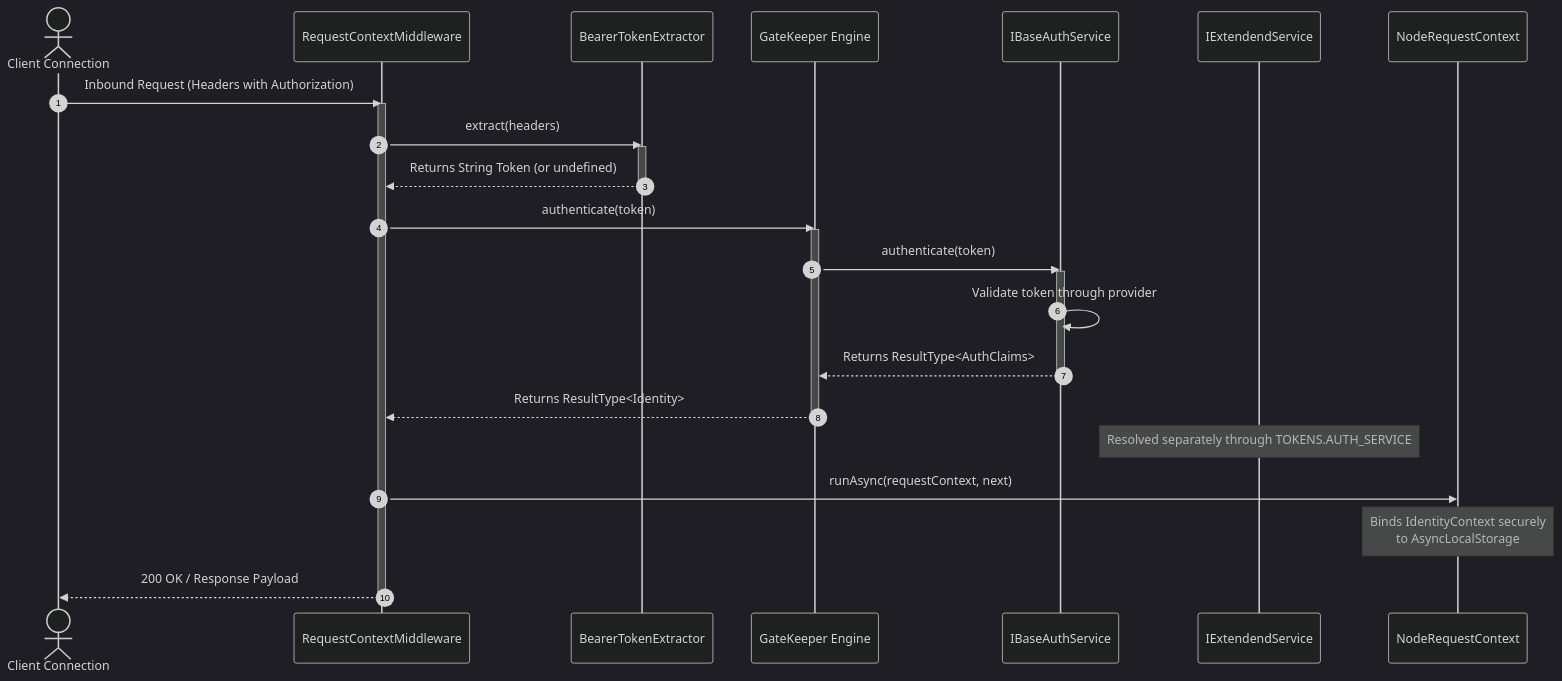
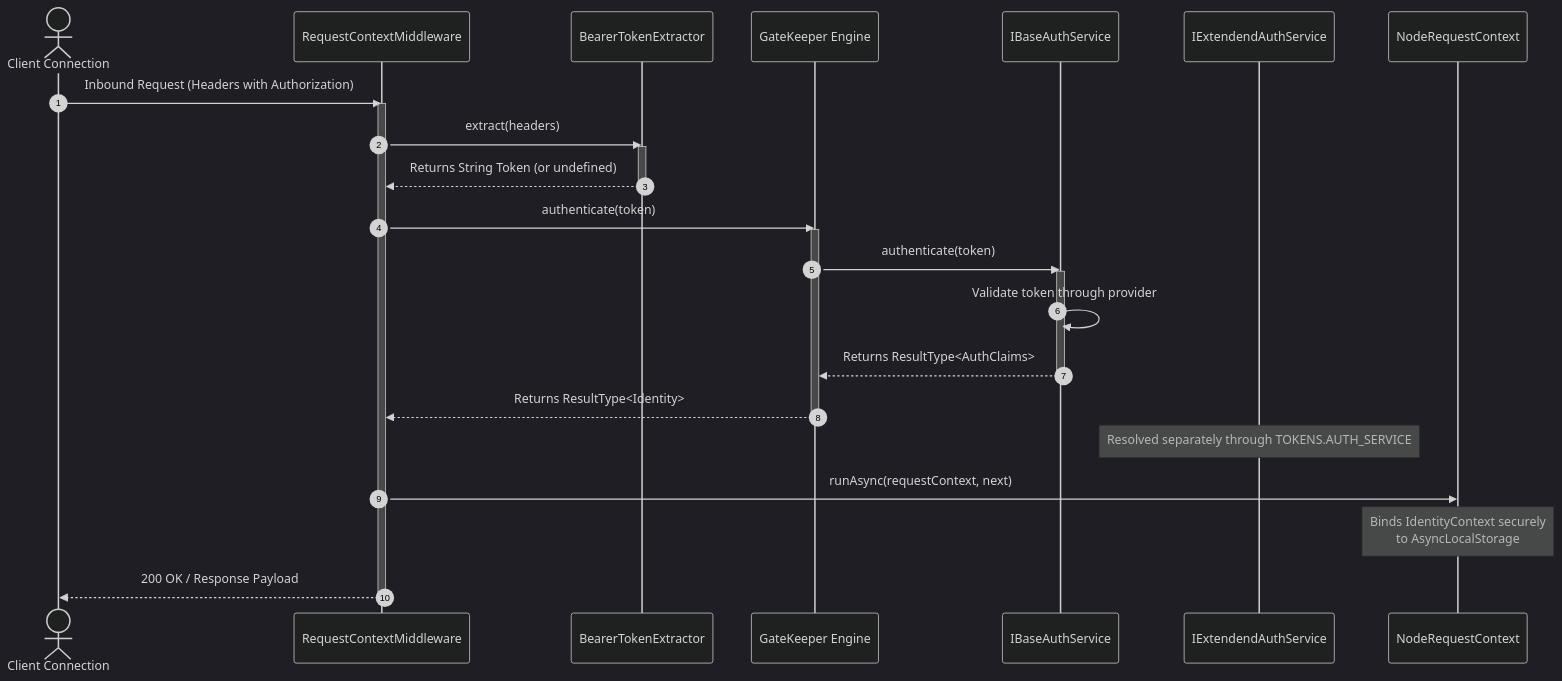
The diagram in src/content/docs/docs/core/security/authentication.md (xeno-js/xeno-website), drawn with Mermaid (dark theme) before and after one commit. The commit also changed other lines of this file and 2 other files, not shown here.

````diff
--- a/src/content/docs/docs/core/security/authentication.md
+++ b/src/content/docs/docs/core/security/authentication.md
@@ -53,36 +53,36 @@
 ```mermaid
 sequenceDiagram
     autonumber
     actor Client as Client Connection
     participant MW as RequestContextMiddleware
     participant Extractor as BearerTokenExtractor
     participant GK as GateKeeper Engine
     participant Base as IBaseAuthService
-    participant Auth as IExtendendService
+    participant Auth as IExtendendAuthService
     participant Store as NodeRequestContext
 
     Client->>MW: Inbound Request (Headers with Authorization)
     activate MW
     MW->>Extractor: extract(headers)
     activate Extractor
     Extractor-->>MW: Returns String Token (or undefined)
     deactivate Extractor
 
     MW->>GK: authenticate(token)
     activate GK
     GK->>Base: authenticate(token)
     activate Base
     Base->>Base: Validate token through provider
     Base-->>GK: Returns ResultType<AuthClaims>
     deactivate Base
     GK-->>MW: Returns ResultType<Identity>
     deactivate GK
 
     Note over Auth: Resolved separately through TOKENS.AUTH_SERVICE
 
     MW->>Store: runAsync(requestContext, next)
     Note over Store: Binds IdentityContext securely<br/>to AsyncLocalStorage
     MW-->>Client: 200 OK / Response Payload
     deactivate MW
 
 ```
````
